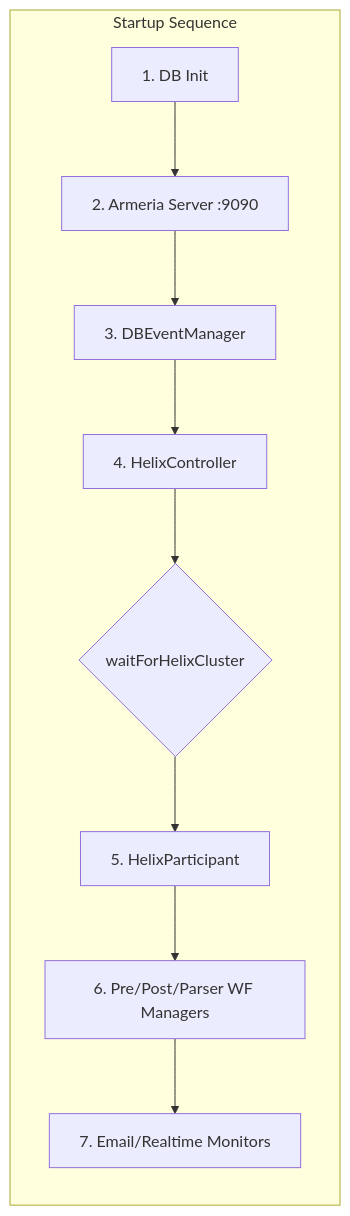
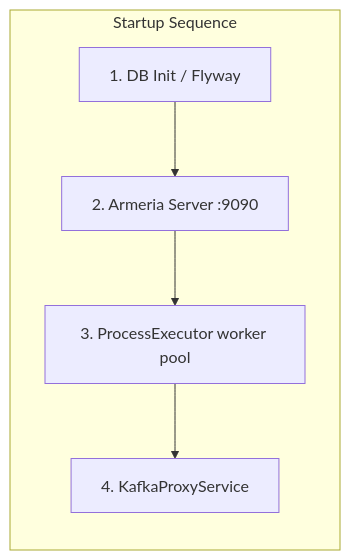
Before and after one commit to apache/airavata: the third of 3 diagrams in README.md, drawn with Mermaid. The commit also changed other lines of this file and 216 other files, not shown here.

````diff
--- a/README.md
+++ b/README.md
@@ -153,13 +144,9 @@
 ```mermaid
 graph LR
     subgraph "Startup Sequence"
         direction TB
-        A[1. DB Init] --> B[2. Armeria Server :9090]
-        B --> C[3. DBEventManager]
-        C --> D[4. HelixController]
-        D --> E{waitForHelixCluster}
-        E --> F[5. HelixParticipant]
-        F --> G[6. Pre/Post/Parser WF Managers]
-        G --> H[7. Email/Realtime Monitors]
+        A[1. DB Init / Flyway] --> B[2. Armeria Server :9090]
+        B --> C[3. ProcessExecutor worker pool]
+        C --> D[4. KafkaProxyService]
     end
 ```
````
